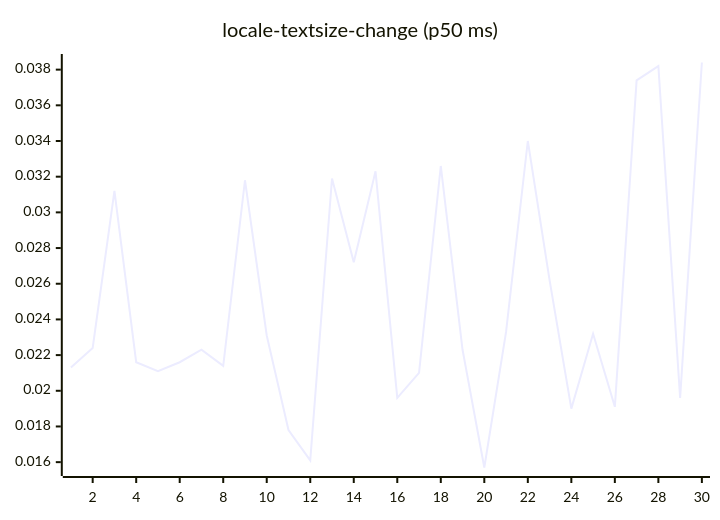
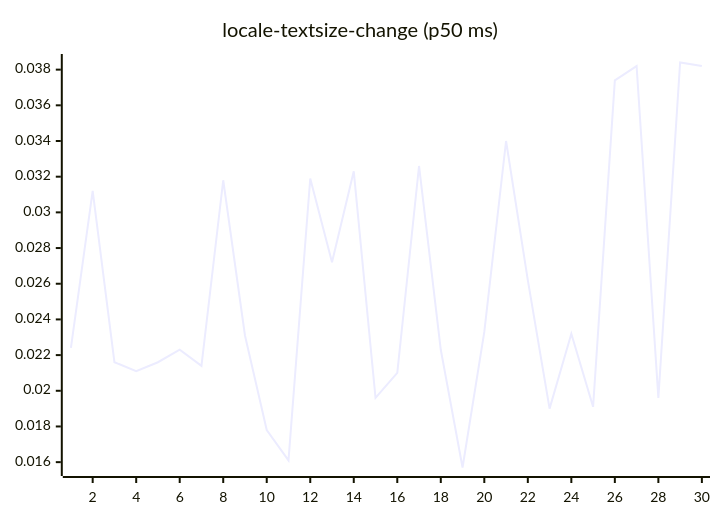
One commit to josha/Facet changed diagram 13 of 27 in README.md. Above: the diagram before and after it, drawn with Mermaid. The commit also changed other lines of this file and 2 other files, not shown here.

````diff
--- a/README.md
+++ b/README.md
@@ -147,6 +147,6 @@
 ```mermaid
 xychart-beta
     title "locale-textsize-change (p50 ms)"
     x-axis 1 --> 30
-    line [0.0213, 0.0224, 0.0312, 0.0216, 0.0211, 0.0216, 0.0223, 0.0214, 0.0318, 0.0231, 0.0178, 0.0161, 0.0319, 0.0272, 0.0323, 0.0196, 0.0210, 0.0326, 0.0223, 0.0157, 0.0233, 0.0340, 0.0262, 0.0190, 0.0232, 0.0191, 0.0374, 0.0382, 0.0196, 0.0384]
+    line [0.0224, 0.0312, 0.0216, 0.0211, 0.0216, 0.0223, 0.0214, 0.0318, 0.0231, 0.0178, 0.0161, 0.0319, 0.0272, 0.0323, 0.0196, 0.0210, 0.0326, 0.0223, 0.0157, 0.0233, 0.0340, 0.0262, 0.0190, 0.0232, 0.0191, 0.0374, 0.0382, 0.0196, 0.0384, 0.0382]
 ```
````
